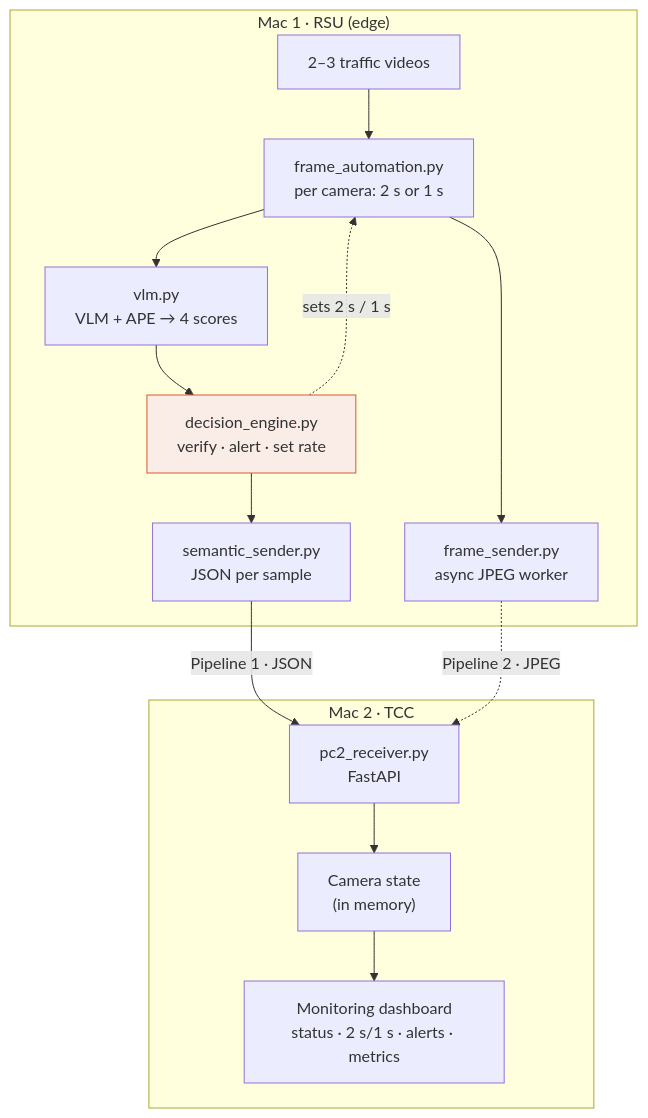
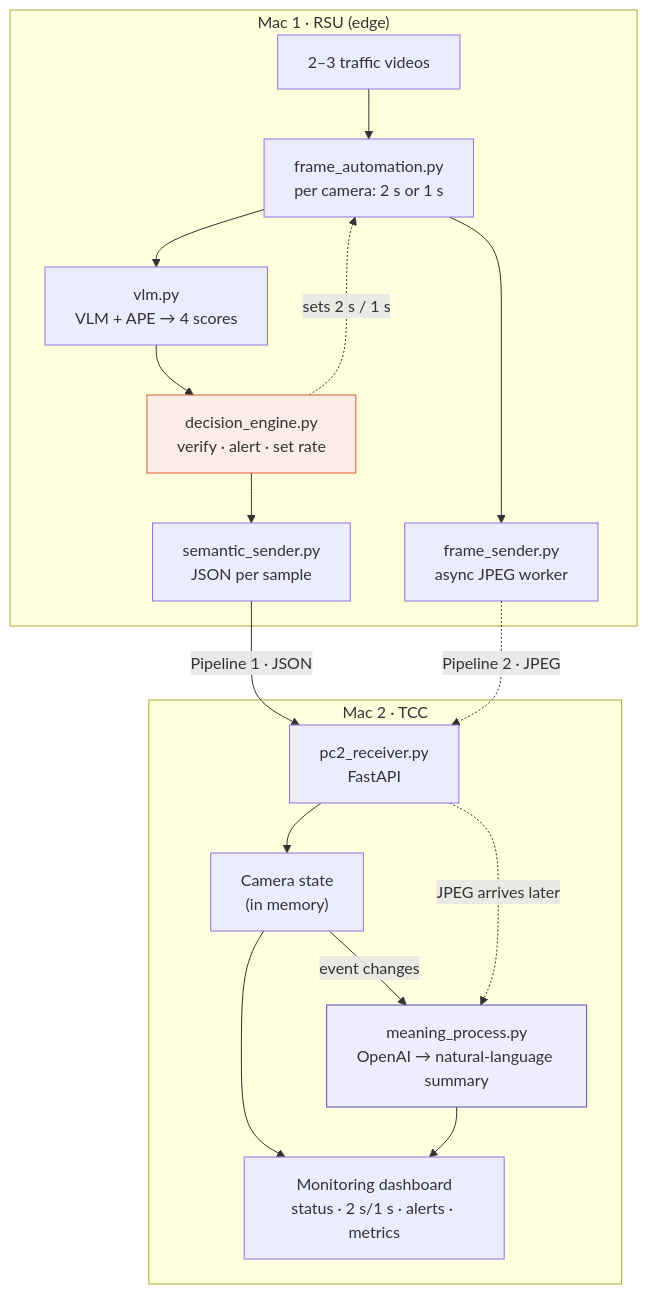
One commit to erthcyp/khun-chai-team36 changed the diagram in README.md. Above: the diagram before and after it, drawn with Mermaid. The commit also changed other lines of this file and 2 other files, not shown here.

Commit message:
docs: add TCC meaning_process (OpenAI summaries, image follows JSON)

````diff
--- a/README.md
+++ b/README.md
@@ -16,18 +16,22 @@
 ```mermaid
 flowchart TB
   subgraph RSU["Mac 1 · RSU (edge)"]
     V["2–3 traffic videos"] --> FA["frame_automation.py<br/>per camera: 2 s or 1 s"]
     FA --> VLM["vlm.py<br/>VLM + APE → 4 scores"]
     VLM --> DE["decision_engine.py<br/>verify · alert · set rate"]
     DE -. "sets 2 s / 1 s" .-> FA
     DE --> SS["semantic_sender.py<br/>JSON per sample"]
     FA --> FS["frame_sender.py<br/>async JPEG worker"]
   end
   subgraph TCC["Mac 2 · TCC"]
     RX["pc2_receiver.py<br/>FastAPI"] --> ST["Camera state<br/>(in memory)"]
     ST --> UI["Monitoring dashboard<br/>status · 2 s/1 s · alerts · metrics"]
+    ST -- "event changes" --> MP["meaning_process.py<br/>OpenAI → natural-language summary"]
+    RX -. "JPEG arrives later" .-> MP
+    MP --> UI
   end
   SS -- "Pipeline 1 · JSON" --> RX
   FS -. "Pipeline 2 · JPEG" .-> RX
   style DE fill:#FAECE7,stroke:#D85A30
+  style MP fill:#EEEDFE,stroke:#534AB7
 ```
````
